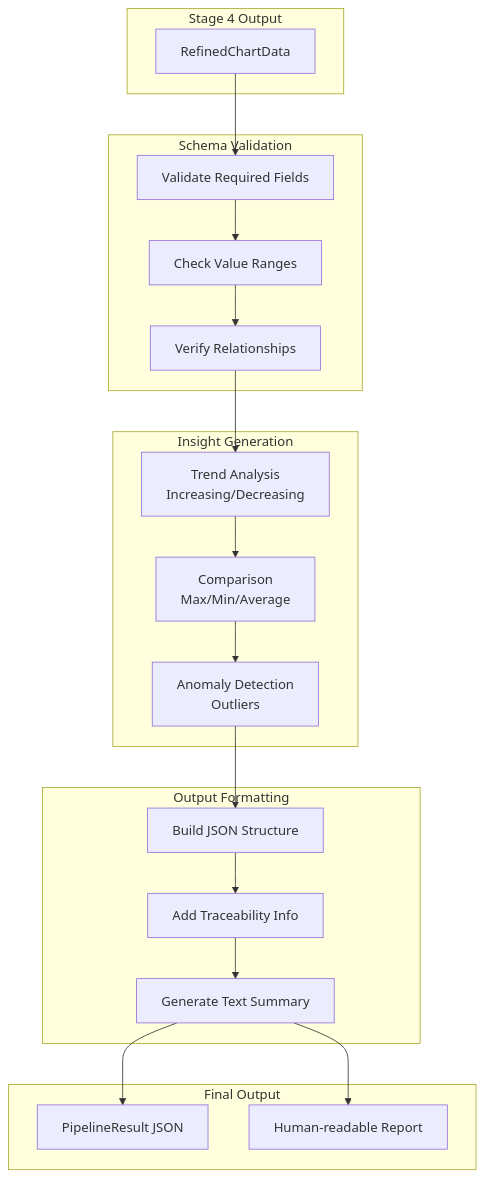
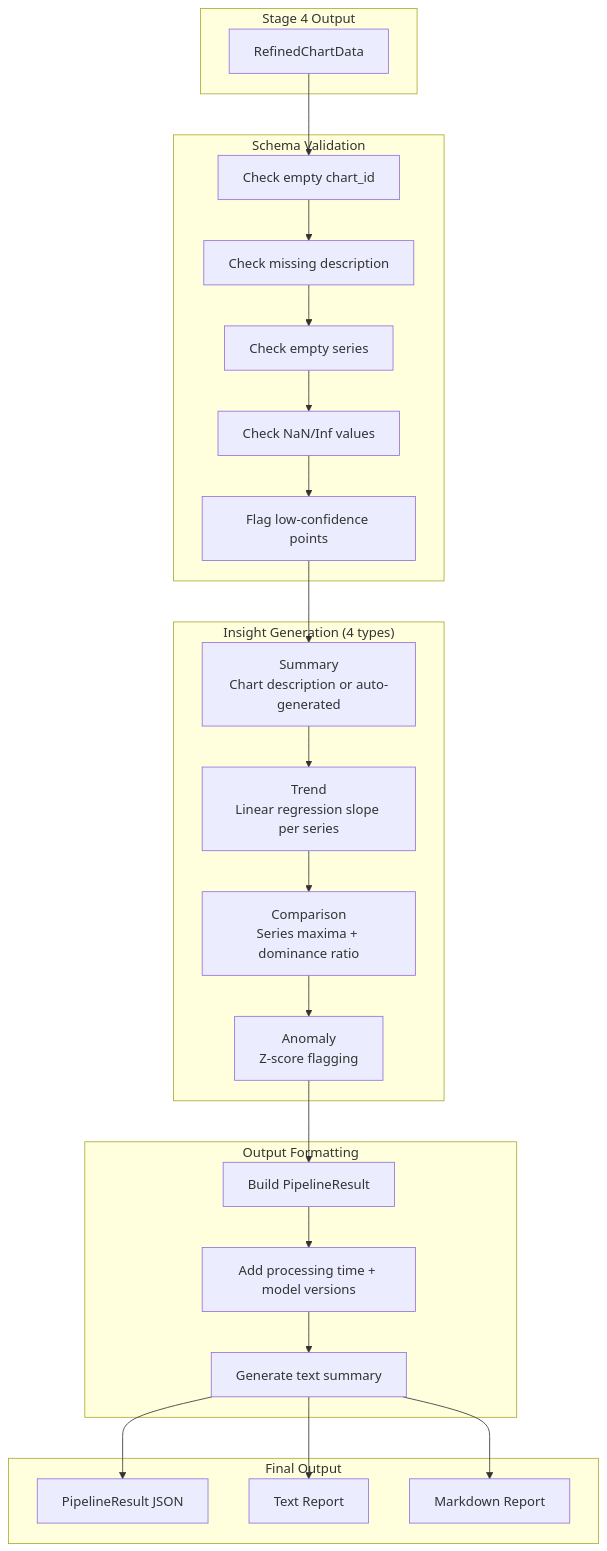
The ninth of 11 diagrams in docs/architecture/PIPELINE_FLOW.md (thatlq1812/chart_analysis_ai_v3), drawn with Mermaid before and after one commit. The commit also changed other lines of this file and 20 other files, not shown here.

````diff
--- a/docs/architecture/PIPELINE_FLOW.md
+++ b/docs/architecture/PIPELINE_FLOW.md
@@ -451,35 +543,40 @@
 ```mermaid
 flowchart TD
     subgraph Input["Stage 4 Output"]
         A[RefinedChartData]
     end
-    
+
     subgraph Validation["Schema Validation"]
-        B1[Validate Required Fields]
-        B2[Check Value Ranges]
-        B3[Verify Relationships]
+        B1[Check empty chart_id]
+        B2[Check missing description]
+        B3[Check empty series]
+        B4[Check NaN/Inf values]
+        B5[Flag low-confidence points]
     end
-    
-    subgraph Insights["Insight Generation"]
-        C1[Trend Analysis\nIncreasing/Decreasing]
-        C2[Comparison\nMax/Min/Average]
-        C3[Anomaly Detection\nOutliers]
+
+    subgraph Insights["Insight Generation (4 types)"]
+        C1[Summary\nChart description or auto-generated]
+        C2[Trend\nLinear regression slope per series]
+        C3[Comparison\nSeries maxima + dominance ratio]
+        C4[Anomaly\nZ-score flagging]
     end
-    
+
     subgraph Formatting["Output Formatting"]
-        D1[Build JSON Structure]
-        D2[Add Traceability Info]
-        D3[Generate Text Summary]
+        D1[Build PipelineResult]
+        D2[Add processing time + model versions]
+        D3[Generate text summary]
     end
-    
+
     subgraph Output["Final Output"]
         E1[PipelineResult JSON]
-        E2[Human-readable Report]
+        E2[Text Report]
+        E3[Markdown Report]
     end
-    
-    A --> B1 --> B2 --> B3
-    B3 --> C1 --> C2 --> C3
-    C3 --> D1 --> D2 --> D3
+
+    A --> B1 --> B2 --> B3 --> B4 --> B5
+    B5 --> C1 --> C2 --> C3 --> C4
+    C4 --> D1 --> D2 --> D3
     D3 --> E1
     D3 --> E2
+    D3 --> E3
 ```
````
